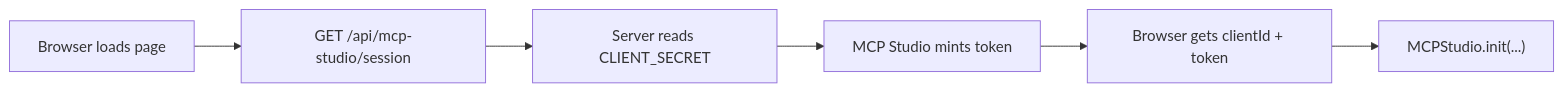
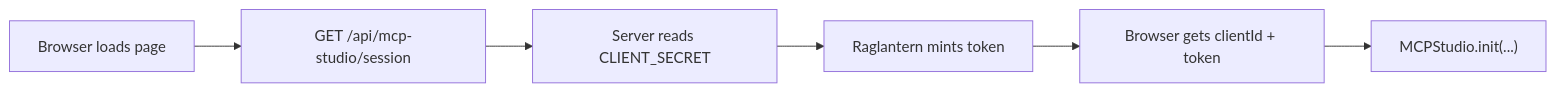
The diagram in README.md (zthewriter/mcp-studio-sdk-sample-apps), drawn with Mermaid before and after one commit. The commit also changed other lines of this file and 28 other files, not shown here.

First line of the commit message:
Rename display names to Raglantern and Raglantern SDK (formerly MCP Studio)

````diff
--- a/README.md
+++ b/README.md
@@ -79,8 +79,8 @@
 ```mermaid
 flowchart LR
   A["Browser loads page"] --> B["GET /api/mcp-studio/session"]
   B --> C["Server reads CLIENT_SECRET"]
-  C --> D["MCP Studio mints token"]
+  C --> D["Raglantern mints token"]
   D --> E["Browser gets clientId + token"]
   E --> F["MCPStudio.init(...)"]
 ```
````
